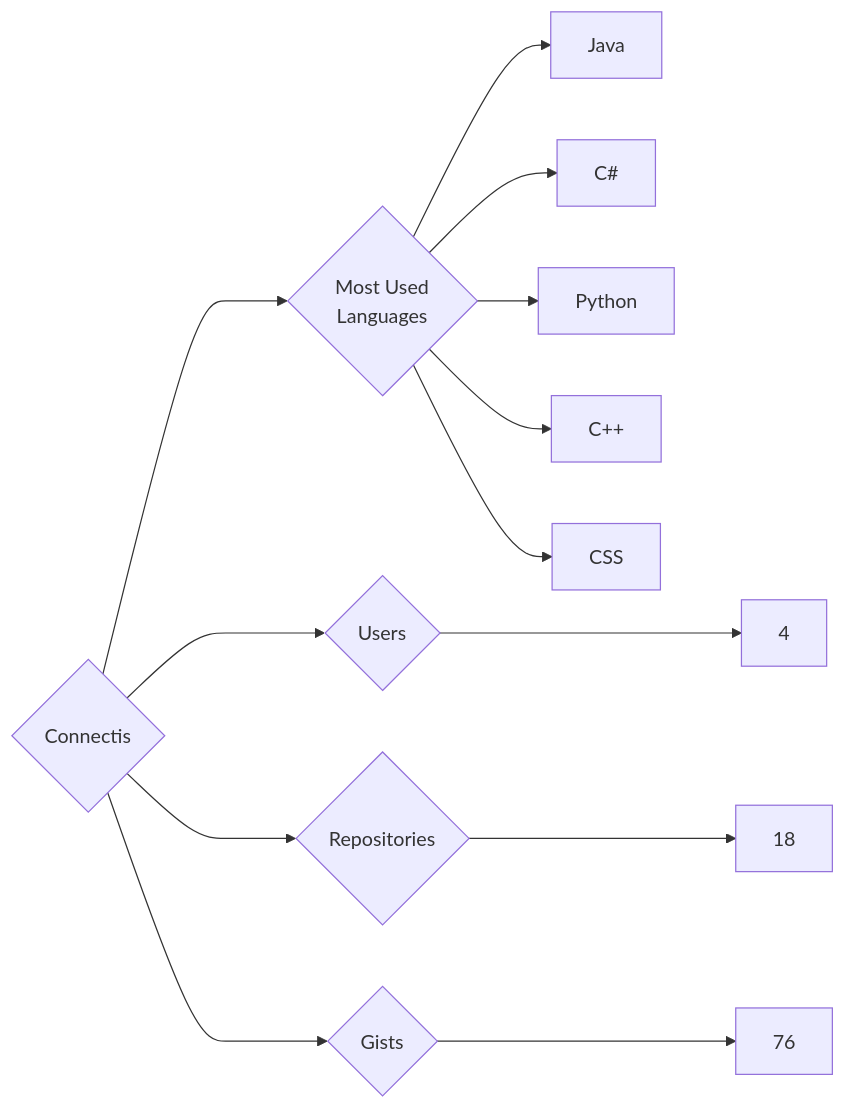
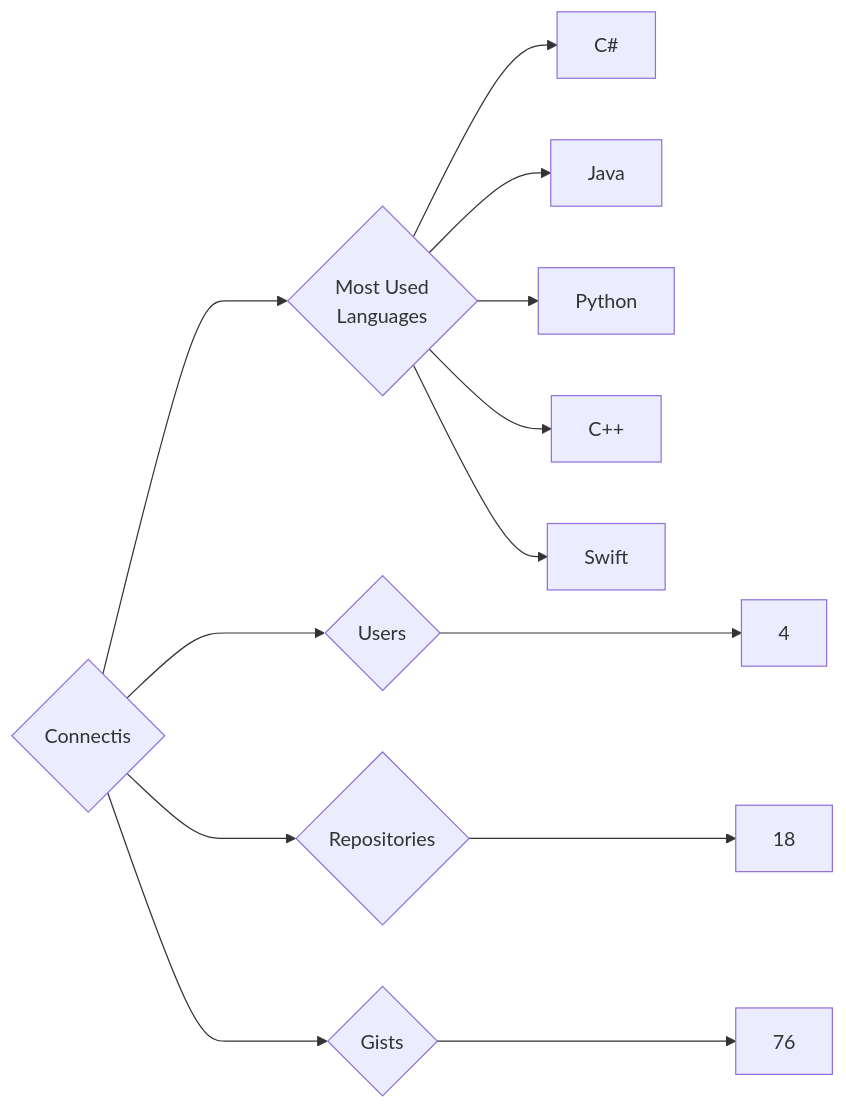
Before and after one commit to trickest/insiders: the diagram in targets/Connectis/README.md, drawn with Mermaid. The commit also changed 815 other files, not shown here.

````diff
--- a/targets/Connectis/README.md
+++ b/targets/Connectis/README.md
@@ -3,13 +3,13 @@
 ```mermaid
 graph LR
 COMPANY_NAME{Connectis}
 COMPANY_NAME ---> U{Users} ---> UN[4]
 COMPANY_NAME ---> R{Repositories} ---> RN[18]
 COMPANY_NAME ---> G{Gists} ---> GN[76]
 COMPANY_NAME ---> ML{Most Used<br>Languages}
+ML --> C#[C#]
 ML --> Java[Java]
-ML --> C#[C#]
 ML --> Python[Python]
 ML --> C++[C++]
-ML --> CSS[CSS]
+ML --> Swift[Swift]
 ```
````
